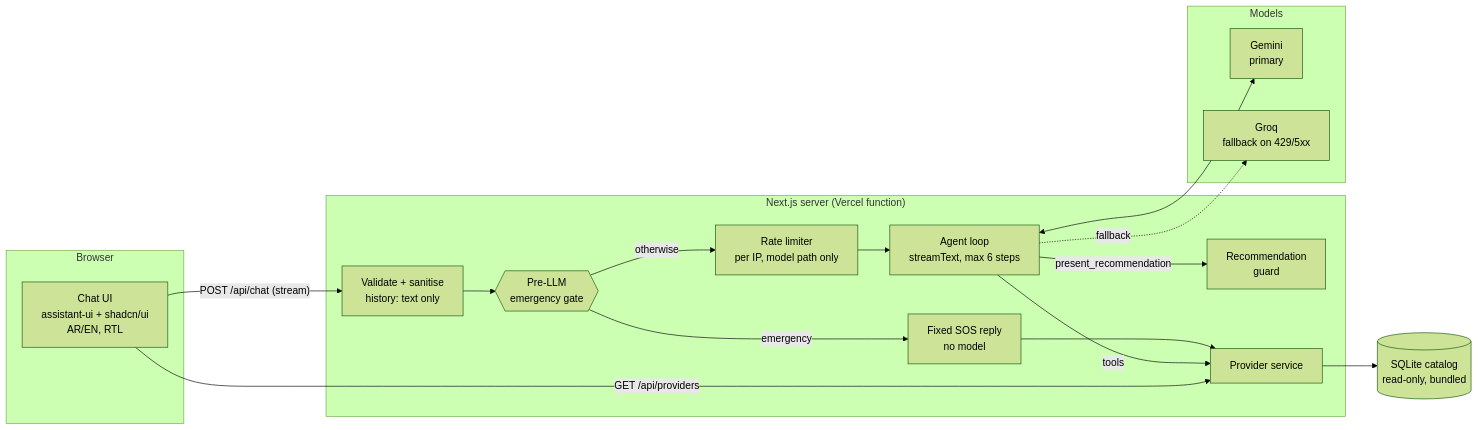
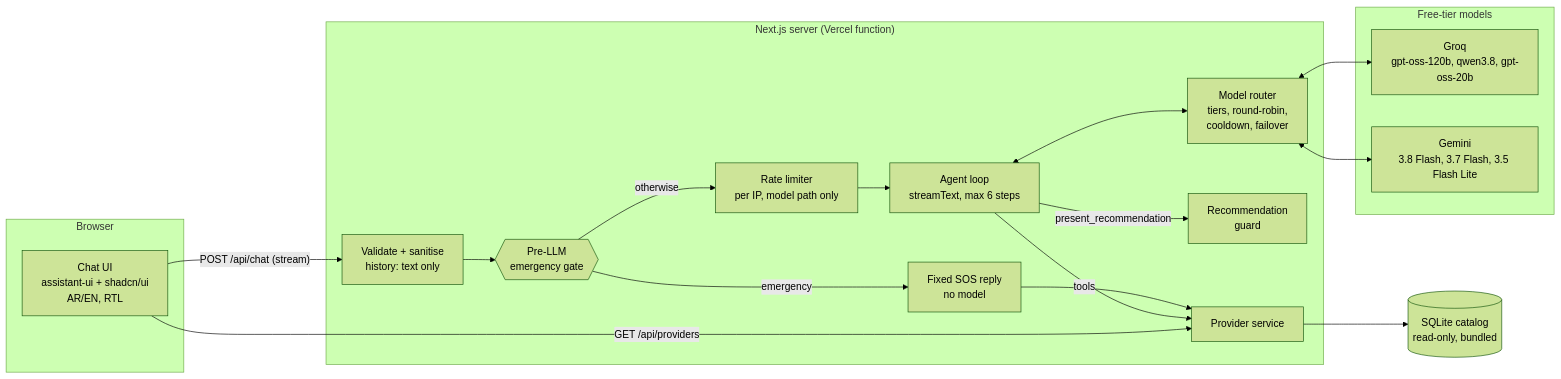
Before and after one commit to 0xA7MD1/healtrip-ai-assistant: the first of 3 diagrams in README.md, drawn with Mermaid (forest theme). The commit also changed other lines of this file and 2 other files, not shown here.

Commit message:
docs: model router, key setup and capacity in README, env example and handover

````diff
--- a/README.md
+++ b/README.md
@@ -45,33 +45,35 @@
 ```mermaid
 flowchart LR
   subgraph Browser
     UI["Chat UI<br/>assistant-ui + shadcn/ui<br/>AR/EN, RTL"]
   end
 
   subgraph server["Next.js server (Vercel function)"]
     RL[Rate limiter<br/>per IP, model path only]
     VAL[Validate + sanitise<br/>history: text only]
     GATE{{Pre-LLM<br/>emergency gate}}
     EMS[Fixed SOS reply<br/>no model]
     AGENT[Agent loop<br/>streamText, max 6 steps]
+    ROUTER[Model router<br/>tiers, round-robin,<br/>cooldown, failover]
     GUARD[Recommendation<br/>guard]
     SVC[Provider service]
   end
 
-  subgraph Models
-    GEM[Gemini<br/>primary]
-    GROQ[Groq<br/>fallback on 429/5xx]
+  subgraph Models["Free-tier models"]
+    GROQ[Groq<br/>gpt-oss-120b, qwen3.8, gpt-oss-20b]
+    GEM[Gemini<br/>3.8 Flash, 3.7 Flash, 3.5 Flash Lite]
   end
 
   DB[(SQLite catalog<br/>read-only, bundled)]
 
   UI -- "POST /api/chat (stream)" --> VAL --> GATE
   GATE -- emergency --> EMS --> SVC
   GATE -- otherwise --> RL --> AGENT
-  AGENT <--> GEM
-  AGENT -. fallback .-> GROQ
+  AGENT <--> ROUTER
+  ROUTER <--> GROQ
+  ROUTER <--> GEM
   AGENT -- tools --> SVC
   AGENT -- present_recommendation --> GUARD
   SVC --> DB
   UI -- "GET /api/providers" --> SVC
 ```
````
